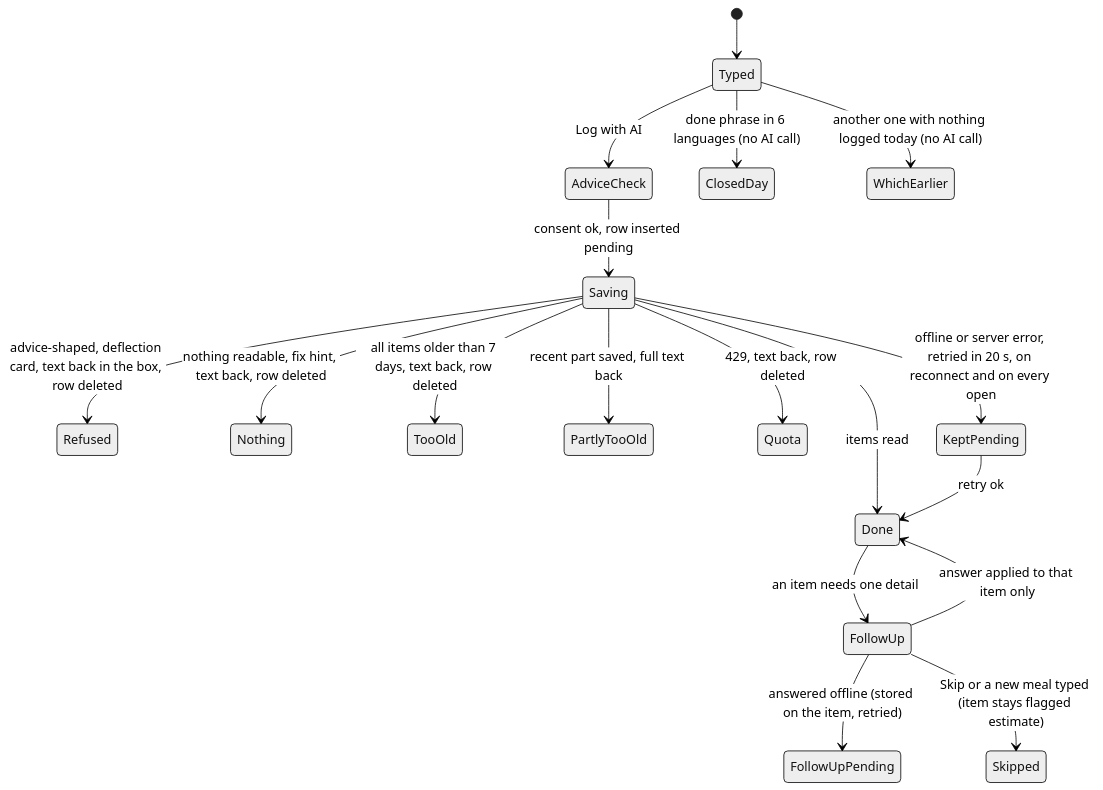
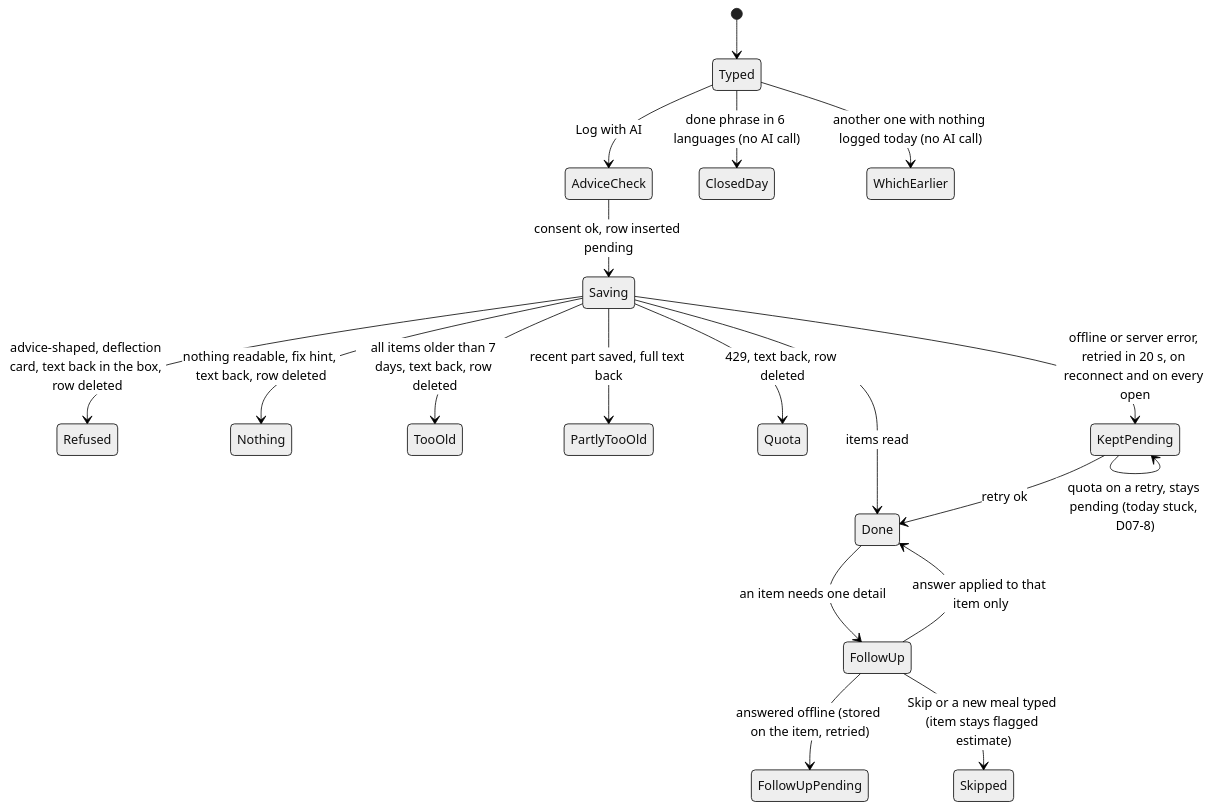
Before and after one commit to evandroviskis/dosetrace: the third of 5 diagrams in docs/product/flows/07-food-log-day.md, drawn with Mermaid (neutral theme). The commit also changed other lines of this file and 26 other files, not shown here.

Commit message:
docs/product: round-2 corrections propagated to PRD (G-1..G-233), TRD + dossiers, flows + Portuguese picture from the final registers; 105 diagrams parse; zero stale ids

````diff
--- a/docs/product/flows/07-food-log-day.md
+++ b/docs/product/flows/07-food-log-day.md
@@ -94,20 +94,21 @@
 ```mermaid
 stateDiagram-v2
     [*] --> Typed
     Typed --> AdviceCheck: Log with AI
     Typed --> ClosedDay: done phrase in 6 languages (no AI call)
     Typed --> WhichEarlier: another one with nothing logged today (no AI call)
     AdviceCheck --> Saving: consent ok, row inserted pending
     Saving --> Done: items read
     Saving --> Refused: advice-shaped, deflection card, text back in the box, row deleted
     Saving --> Nothing: nothing readable, fix hint, text back, row deleted
     Saving --> TooOld: all items older than 7 days, text back, row deleted
     Saving --> PartlyTooOld: recent part saved, full text back
     Saving --> Quota: 429, text back, row deleted
     Saving --> KeptPending: offline or server error, retried in 20 s, on reconnect and on every open
     KeptPending --> Done: retry ok
+    KeptPending --> KeptPending: quota on a retry, stays pending (today stuck, D07-8)
     Done --> FollowUp: an item needs one detail
     FollowUp --> Done: answer applied to that item only
     FollowUp --> FollowUpPending: answered offline (stored on the item, retried)
     FollowUp --> Skipped: Skip or a new meal typed (item stays flagged estimate)
 ```
````
